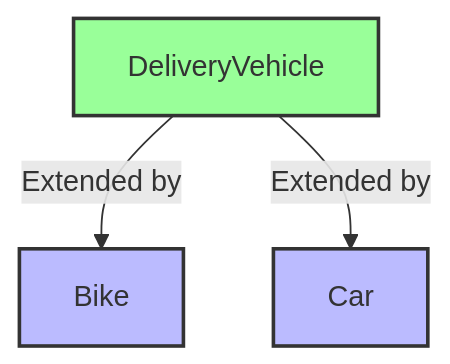
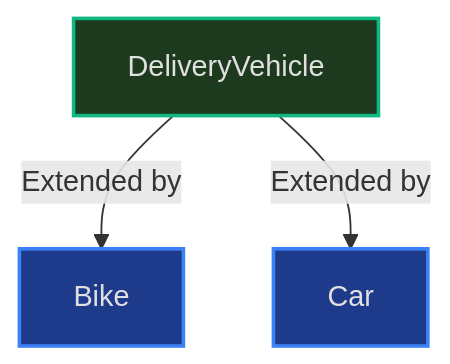
Before and after one commit to Shree2604/LL-System-Design: the third of 6 diagrams in Day01/SOLID Principals/README.md, drawn with Mermaid. The commit also changed other lines of this file and 3 other files, not shown here.

````diff
--- a/Day01/SOLID Principals/README.md
+++ b/Day01/SOLID Principals/README.md
@@ -83,9 +83,9 @@
 ```mermaid
 graph TD
     A[DeliveryVehicle] -->|Extended by| B[Bike]
     A -->|Extended by| C[Car]
     
-    style A fill:#9f9,stroke:#333,stroke-width:2px
-    style B fill:#bbf,stroke:#333,stroke-width:2px
-    style C fill:#bbf,stroke:#333,stroke-width:2px
+    style A fill:#1e3a1e,stroke:#10b981,color:#e0e0e0,stroke-width:2px
+    style B fill:#1e3a8a,stroke:#3b82f6,color:#e0e0e0,stroke-width:2px
+    style C fill:#1e3a8a,stroke:#3b82f6,color:#e0e0e0,stroke-width:2px
 ```
````
